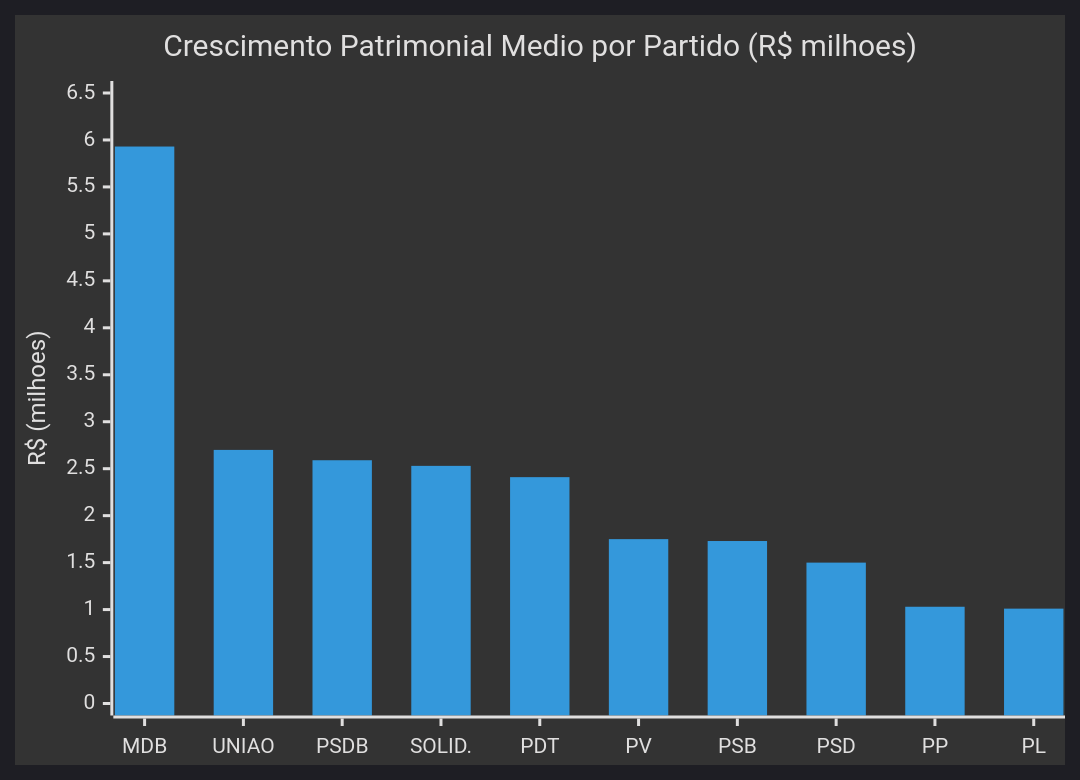
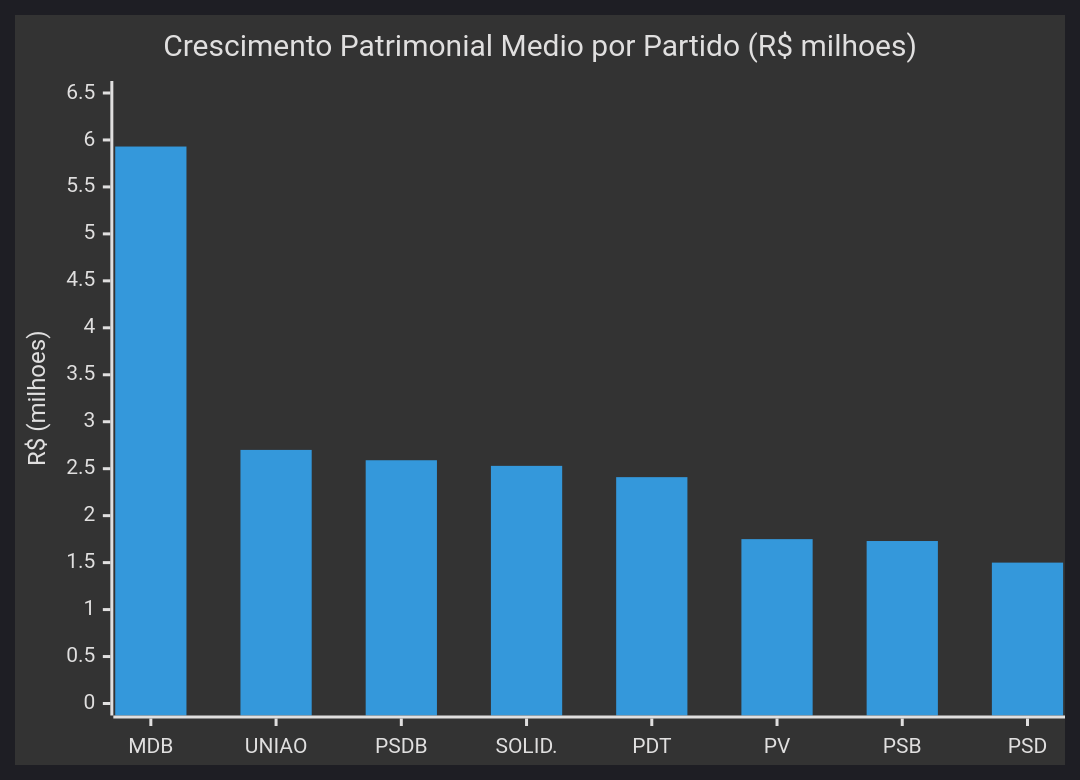
Before and after one commit to EduardoEurico/CORG: the second of 8 diagrams in README.md, drawn with Mermaid. The commit also changed other lines of this file and 1 other file, not shown here.

````diff
--- a/README.md
+++ b/README.md
@@ -141,8 +155,8 @@
 ```mermaid
 %%{init: {'theme': 'dark'}}%%
 xychart-beta
     title "Crescimento Patrimonial Medio por Partido (R$ milhoes)"
-    x-axis ["MDB", "UNIAO", "PSDB", "SOLID.", "PDT", "PV", "PSB", "PSD", "PP", "PL"]
+    x-axis ["MDB", "UNIAO", "PSDB", "SOLID.", "PDT", "PV", "PSB", "PSD"]
     y-axis "R$ (milhoes)" 0 --> 6.5
-    bar [5.93, 2.70, 2.59, 2.53, 2.41, 1.75, 1.73, 1.50, 1.03, 1.01]
+    bar [5.93, 2.70, 2.59, 2.53, 2.41, 1.75, 1.73, 1.50]
 ```
````
